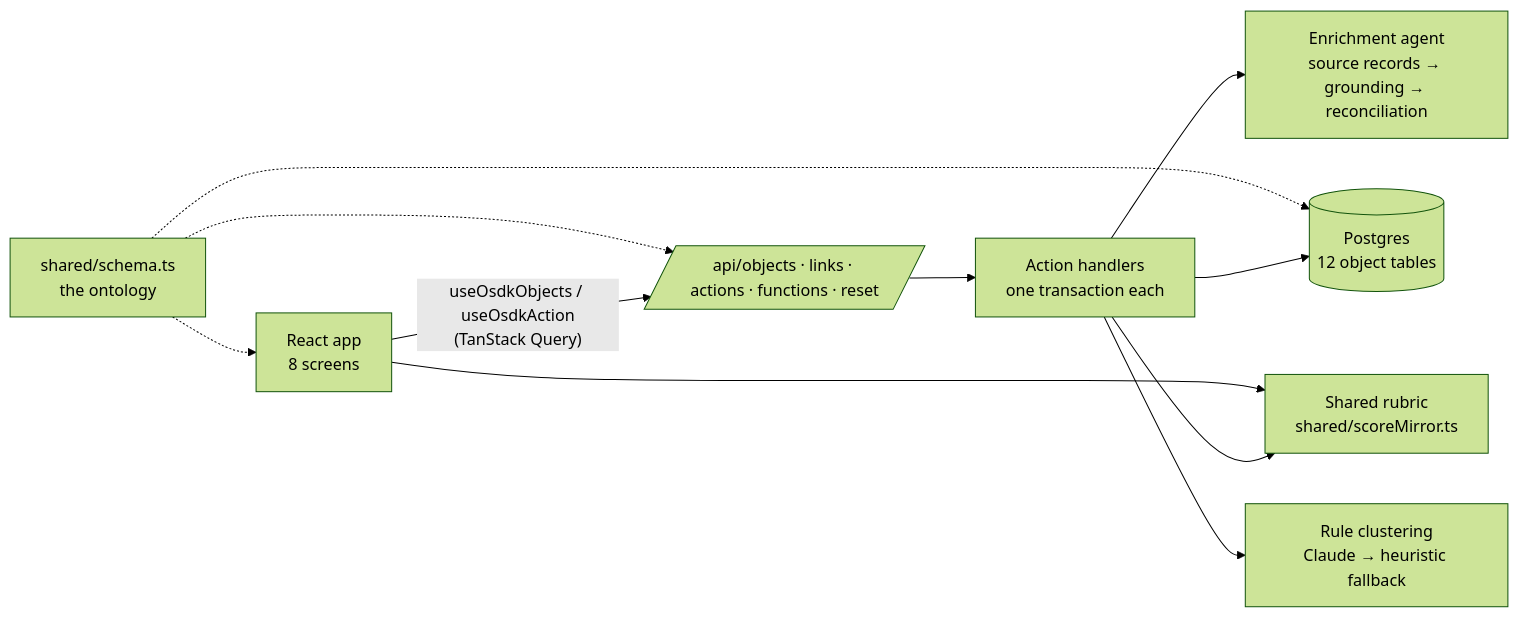
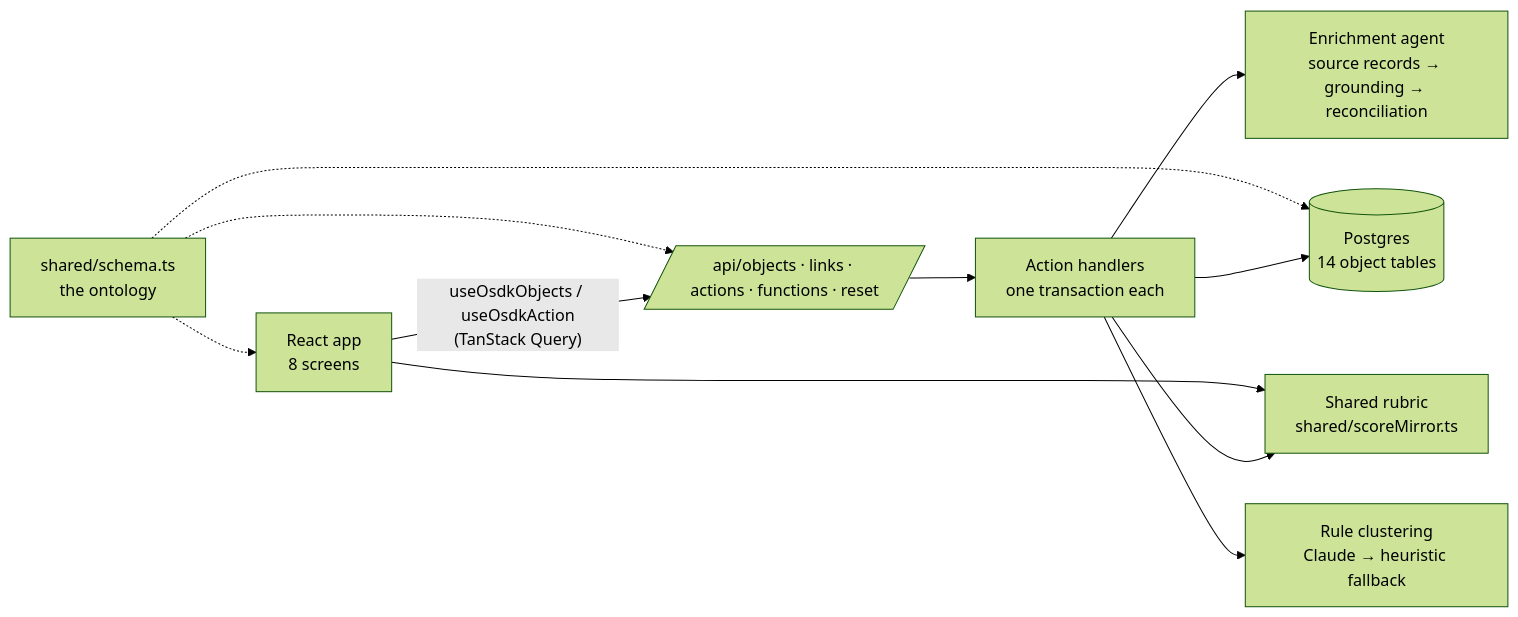
One commit to llukehanna/beacon changed the diagram in README.md. Above: the diagram before and after it, drawn with Mermaid (forest theme). The commit also changed 26 other files, not shown here.

````diff
--- a/README.md
+++ b/README.md
@@ -37,13 +37,13 @@
 ```mermaid
 flowchart LR
   UI[React app<br/>8 screens] -- "useOsdkObjects / useOsdkAction<br/>(TanStack Query)" --> API[/api/objects · links · actions · functions · reset/]
   API --> Actions[Action handlers<br/>one transaction each]
   Actions --> Rubric[Shared rubric<br/>shared/scoreMirror.ts]
   UI --> Rubric
   Actions --> Agent[Enrichment agent<br/>source records → grounding → reconciliation]
   Actions --> Cluster[Rule clustering<br/>Claude → heuristic fallback]
-  Actions --> PG[(Postgres<br/>12 object tables)]
+  Actions --> PG[(Postgres<br/>14 object tables)]
   Schema[shared/schema.ts<br/>the ontology] -.-> PG
   Schema -.-> API
   Schema -.-> UI
 ```
````
